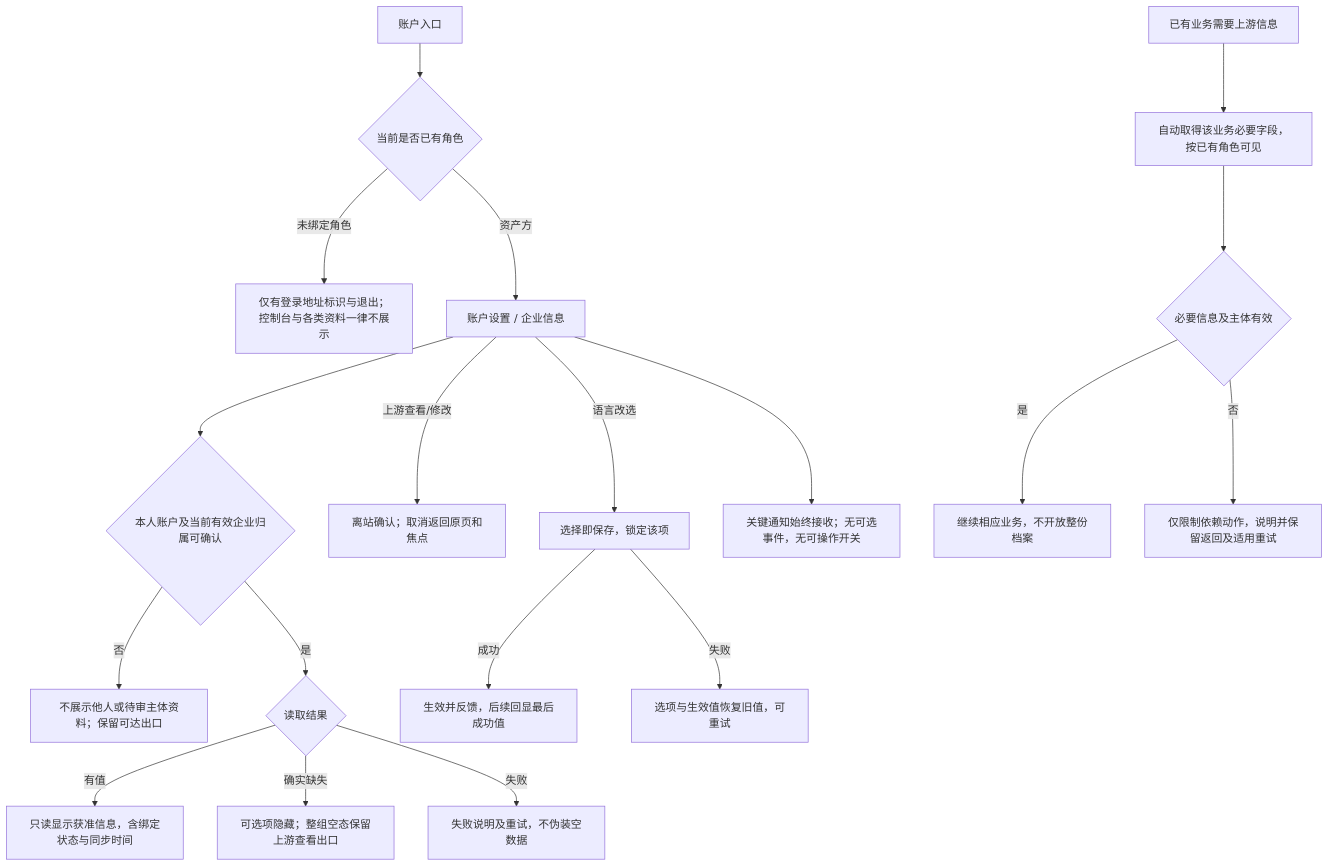
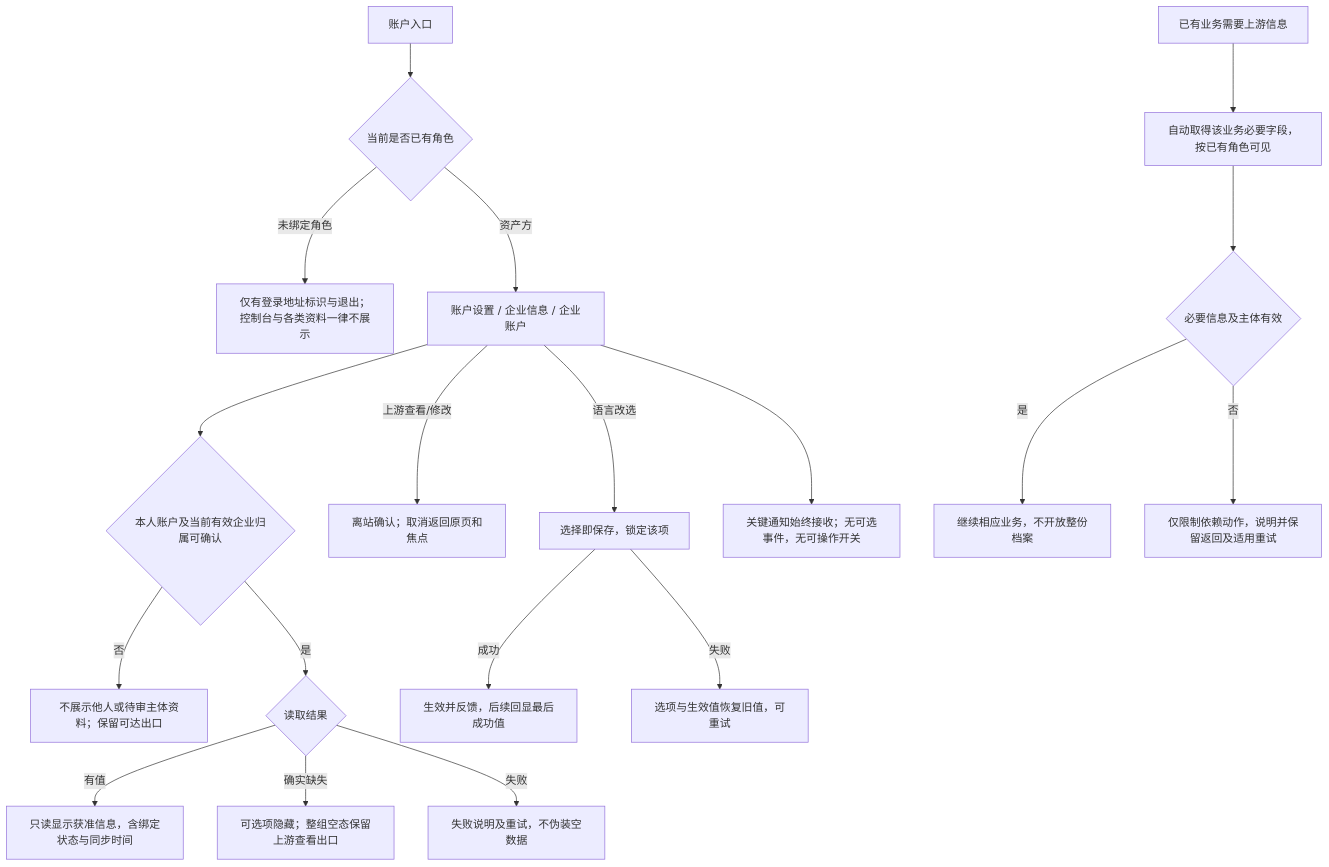
Before and after one commit to wxblockchain/Chain-Financing: the fifth of 7 diagrams in lending-platform/PRD/v2.0-登录与账户体系/02-登录主干与资产方SSO接入-流程图与状态机.md, drawn with Mermaid. The commit also changed other lines of this file and 3 other files, not shown here.

````diff
--- a/lending-platform/PRD/v2.0-登录与账户体系/02-登录主干与资产方SSO接入-流程图与状态机.md
+++ b/lending-platform/PRD/v2.0-登录与账户体系/02-登录主干与资产方SSO接入-流程图与状态机.md
@@ -108,21 +108,21 @@
 ```mermaid
 flowchart TD
     MENU["账户入口"] --> ROLE{"当前是否已有角色"}
     ROLE -->|未绑定角色| ONLY["仅有登录地址标识与退出；控制台与各类资料一律不展示"]
-    ROLE -->|资产方| P["账户设置 / 企业信息"]
+    ROLE -->|资产方| P["账户设置 / 企业信息 / 企业账户"]
     P --> OWNER{"本人账户及当前有效企业归属可确认"}
     OWNER -->|否| DENY["不展示他人或待审主体资料；保留可达出口"]
     OWNER -->|是| LOAD{"读取结果"}
     LOAD -->|有值| SHOW["只读显示获准信息，含绑定状态与同步时间"]
     LOAD -->|确实缺失| EMPTY["可选项隐藏；整组空态保留上游查看出口"]
     LOAD -->|失败| FAIL["失败说明及重试，不伪装空数据"]
     P -->|上游查看/修改| LEAVE["离站确认；取消返回原页和焦点"]
     P -->|语言改选| SAVE["选择即保存，锁定该项"]
     SAVE -->|成功| OK["生效并反馈，后续回显最后成功值"]
     SAVE -->|失败| ROLLBACK["选项与生效值恢复旧值，可重试"]
     P --> NOTICE["关键通知始终接收；无可选事件，无可操作开关"]
     B["已有业务需要上游信息"] --> AUTO["自动取得该业务必要字段，按已有角色可见"]
     AUTO --> NEED{"必要信息及主体有效"}
     NEED -->|是| USE["继续相应业务，不开放整份档案"]
     NEED -->|否| LIMIT["仅限制依赖动作，说明并保留返回及适用重试"]
 ```
````
